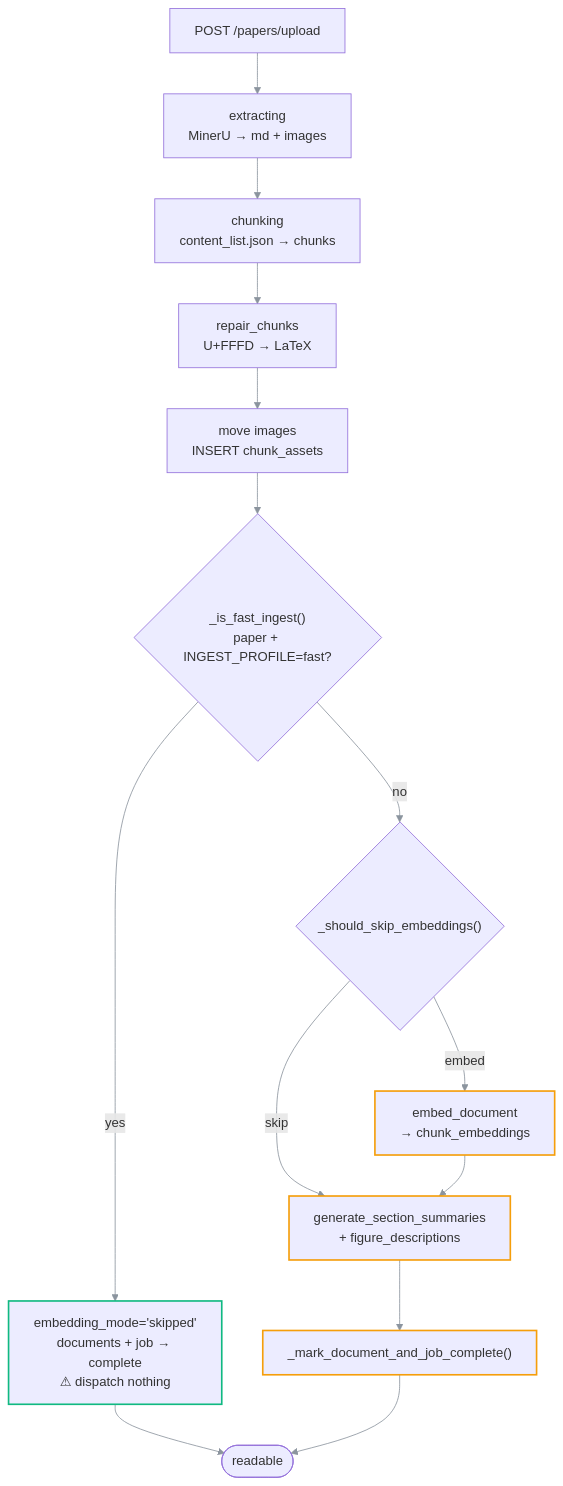
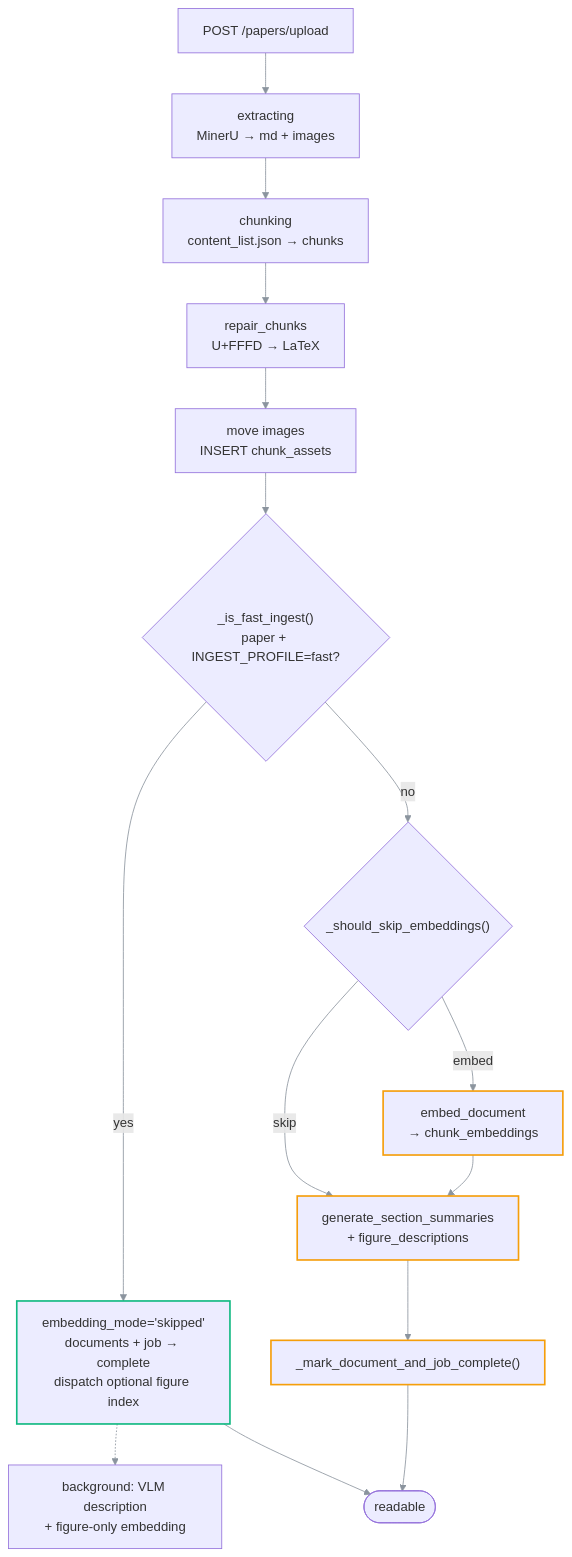
The first of 2 diagrams in docs/02-architecture/ingestion-pipeline.md (Khaled-Saleh-KL1/9XAIPal), drawn with Mermaid before and after one commit. The commit also changed other lines of this file and 21 other files, not shown here.

Commit message:
Index private figure descriptions for image retrieval (#142)

````diff
--- a/docs/02-architecture/ingestion-pipeline.md
+++ b/docs/02-architecture/ingestion-pipeline.md
@@ -124,22 +126,23 @@
 ```mermaid
 %%{init: {'themeVariables': {'fontFamily': 'ui-monospace, SFMono-Regular, Menlo, monospace', 'lineColor': '#8b949e'}}}%%
 flowchart TD
     UP["POST /papers/upload"] --> EX["extracting<br/>MinerU → md + images"]
     EX --> CH["chunking<br/>content_list.json → chunks"]
     CH --> GR["repair_chunks<br/>U+FFFD → LaTeX"]
     GR --> AS["move images<br/>INSERT chunk_assets"]
     AS --> Q{"_is_fast_ingest()<br/>paper + INGEST_PROFILE=fast?"}
-    Q -->|yes| DONE1["embedding_mode='skipped'<br/>documents + job → complete<br/>⚠ dispatch nothing"]
+    Q -->|yes| DONE1["embedding_mode='skipped'<br/>documents + job → complete<br/>dispatch optional figure index"]
+    DONE1 -.-> FIG["background: VLM description<br/>+ figure-only embedding"]
     Q -->|no| SK{"_should_skip_embeddings()"}
     SK -->|embed| EMB["embed_document<br/>→ chunk_embeddings"]
     SK -->|skip| SUM
     EMB --> SUM["generate_section_summaries<br/>+ figure_descriptions"]
     SUM --> DONE2["_mark_document_and_job_complete()"]
     DONE1 --> READ(["readable"])
     DONE2 --> READ
 
     classDef fast stroke:#10b981,stroke-width:2px
     classDef slow stroke:#f59e0b,stroke-width:2px
     class DONE1 fast
     class EMB,SUM,DONE2 slow
 ```
````
